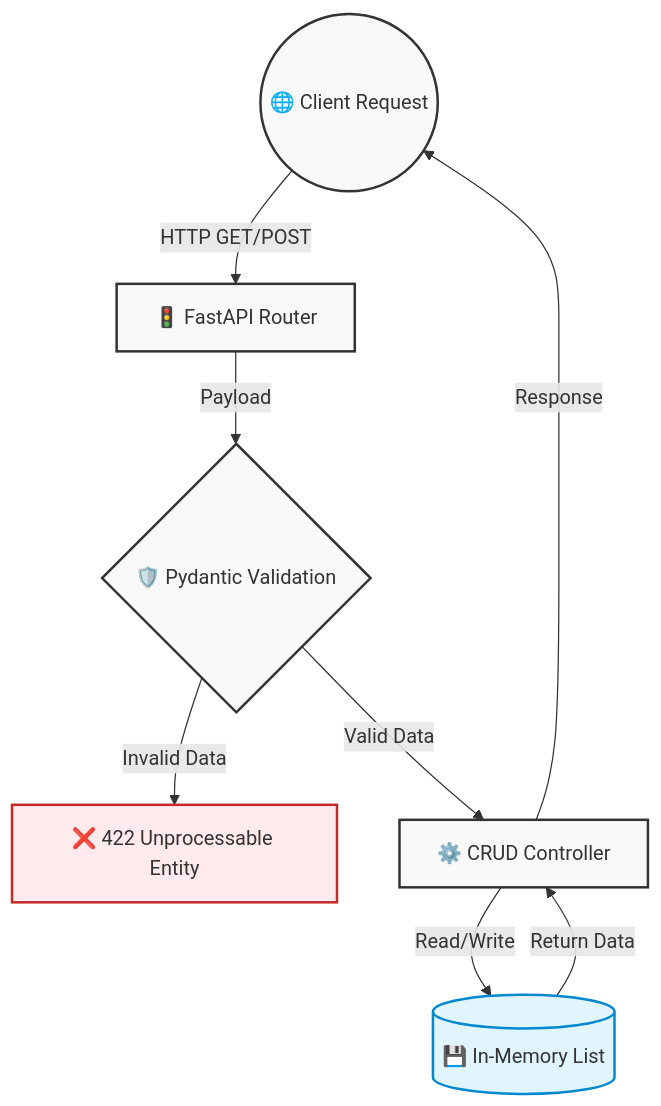
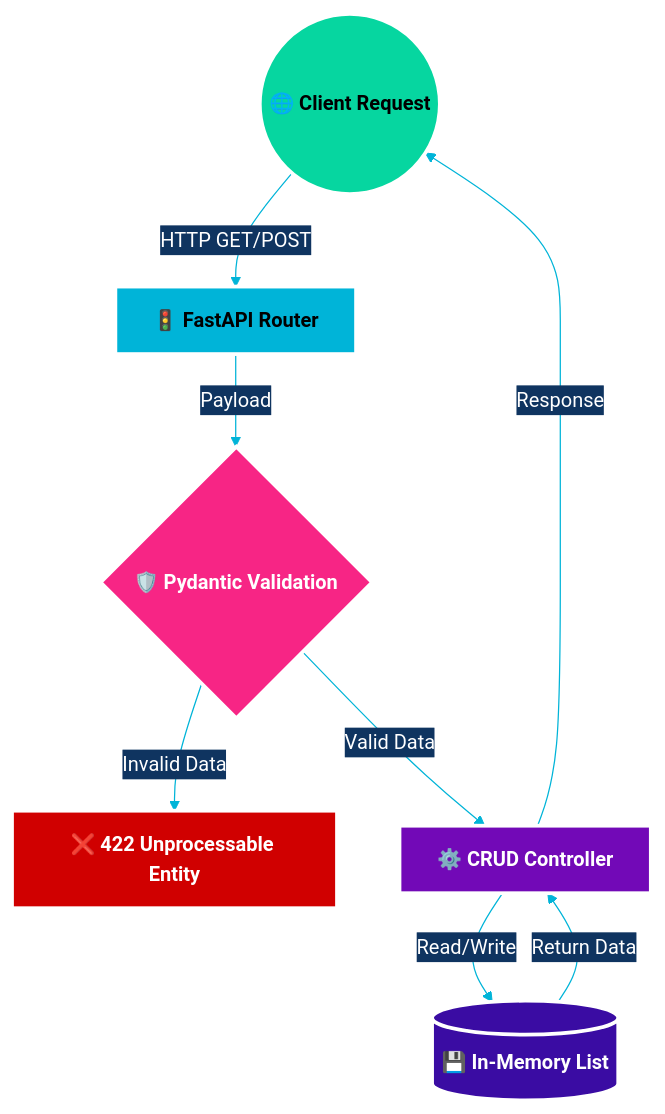
The diagram in README.md (santhoshkumar7507/CRUD), drawn with Mermaid before and after one commit.

Commit message:
more impressive color

````diff
--- a/README.md
+++ b/README.md
@@ -25,19 +25,33 @@
 ```mermaid
+%%{
+  init: {
+    'theme': 'base',
+    'themeVariables': {
+      'primaryColor': '#1a1a2e',
+      'primaryTextColor': '#fff',
+      'primaryBorderColor': '#e94560',
+      'lineColor': '#00b4d8',
+      'secondaryColor': '#0f3460',
+      'tertiaryColor': '#16213e'
+    }
+  }
+}%%
 graph TD;
-    Client((🌐 Client Request)) -->|HTTP GET/POST| Router[🚦 FastAPI Router]
-    Router -->|Payload| Validator{🛡️ Pydantic Validation}
+    Client((🌐 Client Request)):::client -->|HTTP GET/POST| Router[🚦 FastAPI Router]:::router
+    Router -->|Payload| Validator{🛡️ Pydantic Validation}:::validator
     
-    Validator -- Invalid Data --> Error[❌ 422 Unprocessable Entity]
-    Validator -- Valid Data --> Controller[⚙️ CRUD Controller]
+    Validator -- Invalid Data --> Error[❌ 422 Unprocessable Entity]:::error
+    Validator -- Valid Data --> Controller[⚙️ CRUD Controller]:::controller
     
-    Controller -->|Read/Write| Storage[(💾 In-Memory List)]
+    Controller -->|Read/Write| Storage[(💾 In-Memory List)]:::storage
     Storage -->|Return Data| Controller
     
     Controller -->|Response| Client
     
-    classDef default fill:#f9f9f9,stroke:#333,stroke-width:2px;
-    classDef storage fill:#e1f5fe,stroke:#0288d1,stroke-width:2px;
-    classDef error fill:#ffebee,stroke:#c62828,stroke-width:2px;
-    class Storage storage;
-    class Error error;
+    classDef client fill:#06d6a0,stroke:#ffffff,stroke-width:3px,color:#000000,font-weight:bold;
+    classDef router fill:#00b4d8,stroke:#ffffff,stroke-width:3px,color:#000000,font-weight:bold;
+    classDef validator fill:#f72585,stroke:#ffffff,stroke-width:3px,color:#ffffff,font-weight:bold;
+    classDef error fill:#d00000,stroke:#ffffff,stroke-width:3px,color:#ffffff,font-weight:bold;
+    classDef controller fill:#7209b7,stroke:#ffffff,stroke-width:3px,color:#ffffff,font-weight:bold;
+    classDef storage fill:#3a0ca3,stroke:#ffffff,stroke-width:3px,color:#ffffff,font-weight:bold;
 ```
````
